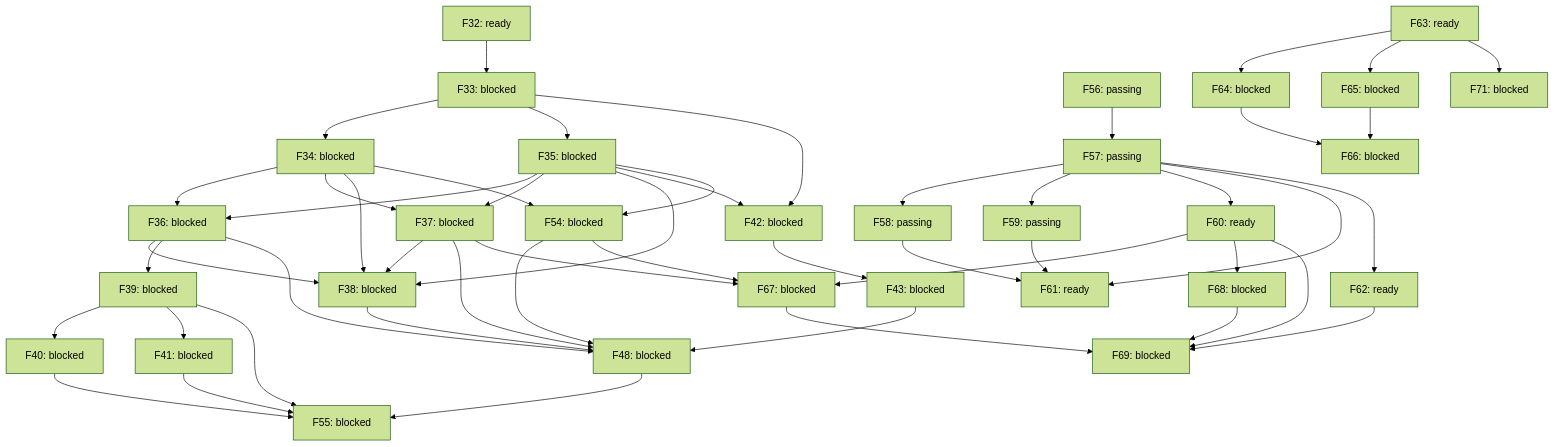
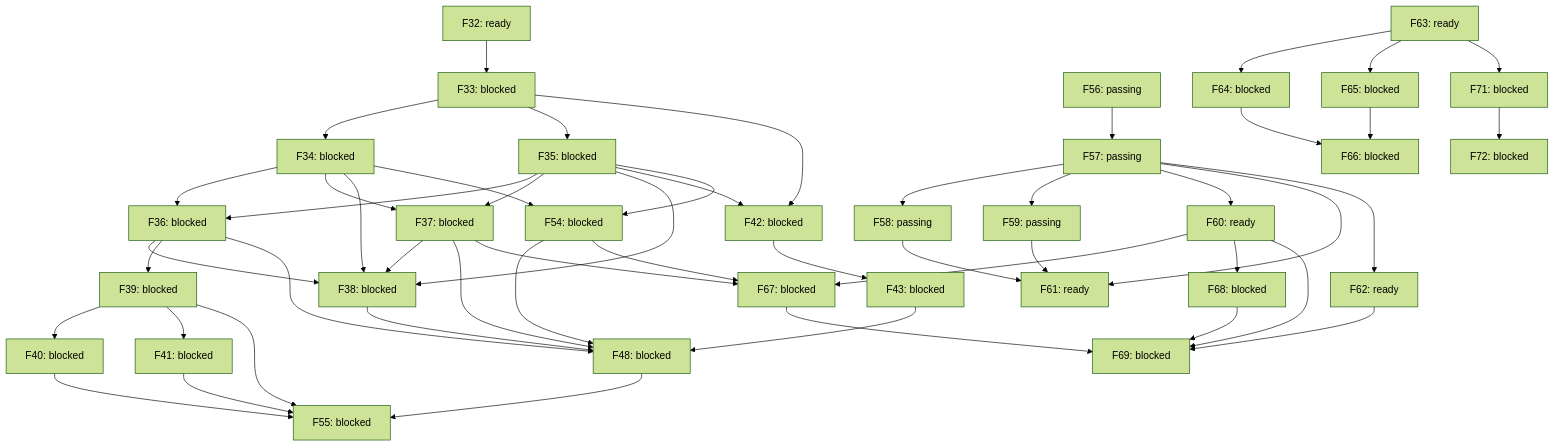
The diagram in docs/roadmap-graph.md (alex-nax/rengine), drawn with Mermaid (forest theme) before and after one commit. The commit also changed other lines of this file and 4 other files, not shown here.

````diff
--- a/docs/roadmap-graph.md
+++ b/docs/roadmap-graph.md
@@ -85,4 +85,6 @@
   F62 --> F69
   F71["F71: blocked"]
   F63 --> F71
+  F72["F72: blocked"]
+  F71 --> F72
 ```
````
